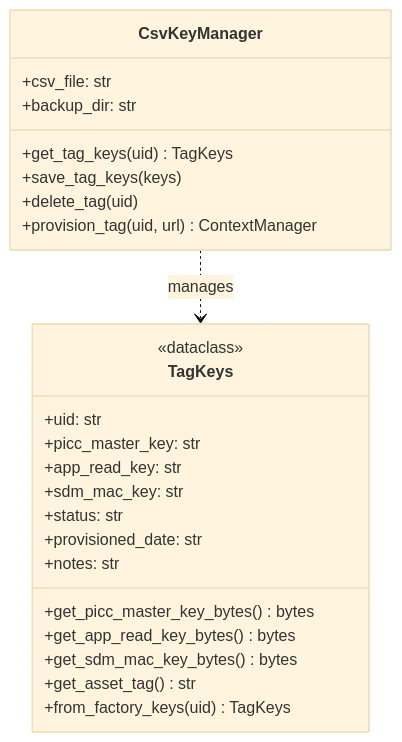
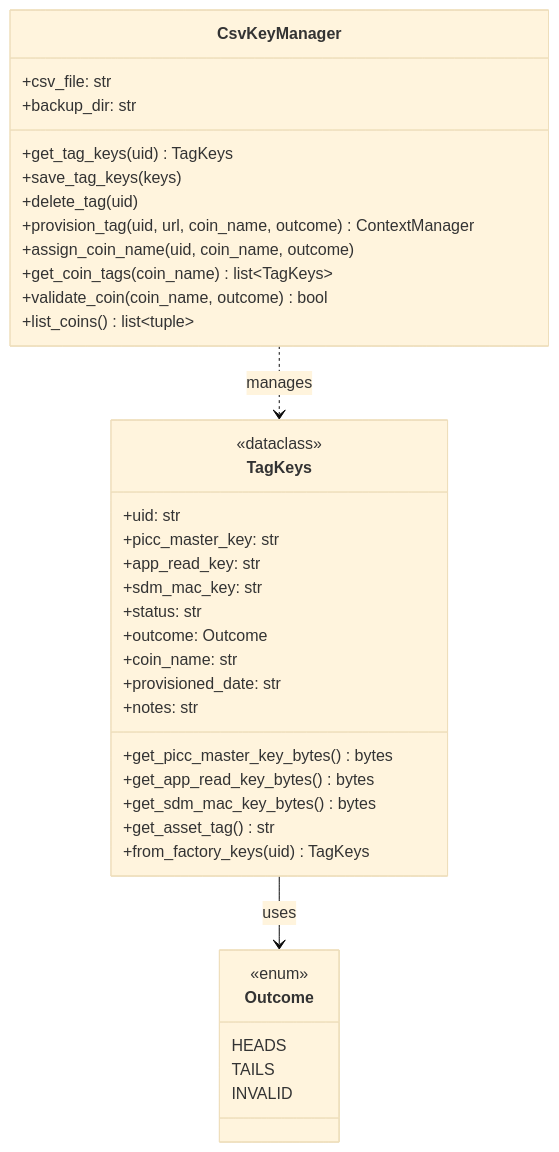
The tenth of 16 diagrams in ntag424_sdm_provisioner/ARCH.md (drusifer/GlobalHeadsOrTails), drawn with Mermaid (base theme) before and after one commit. The commit also changed other lines of this file and 19 other files, not shown here.

````diff
--- a/ntag424_sdm_provisioner/ARCH.md
+++ b/ntag424_sdm_provisioner/ARCH.md
@@ -568,29 +579,43 @@
 ```mermaid
 classDiagram
     class CsvKeyManager {
         +csv_file: str
         +backup_dir: str
         +get_tag_keys(uid) TagKeys
         +save_tag_keys(keys)
         +delete_tag(uid)
-        +provision_tag(uid, url) ContextManager
+        +provision_tag(uid, url, coin_name, outcome) ContextManager
+        +assign_coin_name(uid, coin_name, outcome)
+        +get_coin_tags(coin_name) list~TagKeys~
+        +validate_coin(coin_name, outcome) bool
+        +list_coins() list~tuple~
     }
-    
+
     class TagKeys {
         <<dataclass>>
         +uid: str
         +picc_master_key: str
         +app_read_key: str
         +sdm_mac_key: str
         +status: str
+        +outcome: Outcome
+        +coin_name: str
         +provisioned_date: str
         +notes: str
         +get_picc_master_key_bytes() bytes
         +get_app_read_key_bytes() bytes
         +get_sdm_mac_key_bytes() bytes
         +get_asset_tag() str
         +from_factory_keys(uid) TagKeys
     }
-    
+
+    class Outcome {
+        <<enum>>
+        HEADS
+        TAILS
+        INVALID
+    }
+
     CsvKeyManager ..> TagKeys: manages
+    TagKeys --> Outcome: uses
 ```
````
